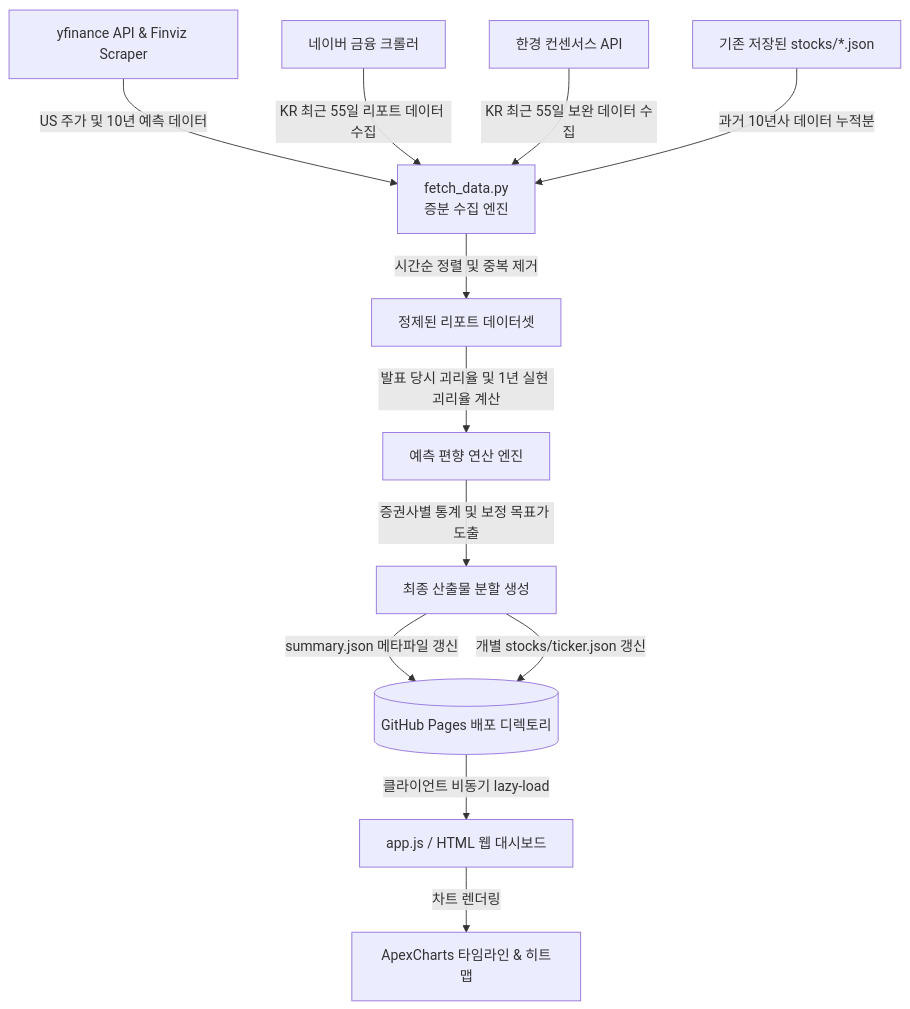
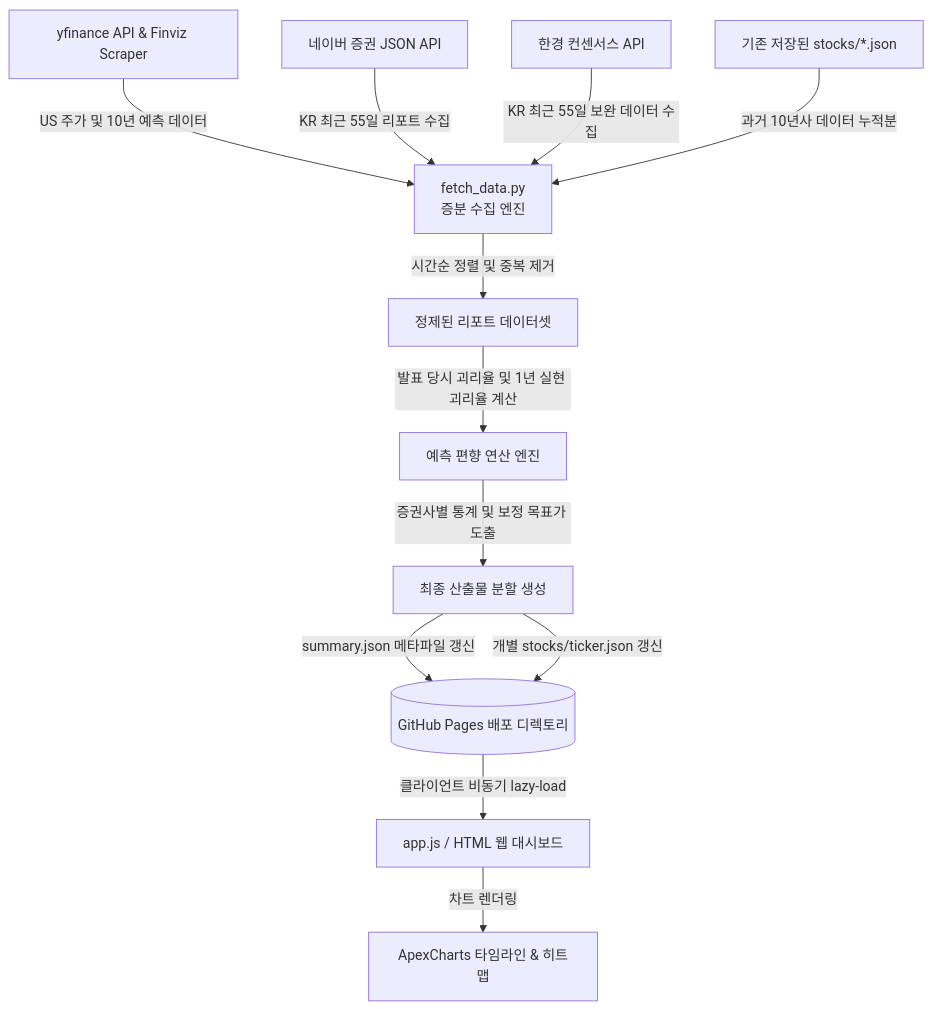
The first of 2 diagrams in README.md (eljja/Consensus), drawn with Mermaid before and after one commit. The commit also changed other lines of this file and 52 other files, not shown here.

Commit message:
feat: upgrade DB pipeline (Naver JSON API, live FX, heatmap bias fix), Hybrid v2 forecast model, and UX/GUI

````diff
--- a/README.md
+++ b/README.md
@@ -73,14 +74,14 @@
 ```mermaid
 graph TD
     A[yfinance API & Finviz Scraper] -->|US 주가 및 10년 예측 데이터| D[fetch_data.py <br>증분 수집 엔진]
-    B[네이버 금융 크롤러] -->|KR 최근 55일 리포트 데이터 수집| D
+    B[네이버 증권 JSON API] -->|KR 최근 55일 리포트 수집| D
     C[한경 컨센서스 API] -->|KR 최근 55일 보완 데이터 수집| D
     E[기존 저장된 stocks/*.json] -->|과거 10년사 데이터 누적분| D
     D -->|시간순 정렬 및 중복 제거| F[정제된 리포트 데이터셋]
     F -->|발표 당시 괴리율 및 1년 실현 괴리율 계산| G[예측 편향 연산 엔진]
     G -->|증권사별 통계 및 보정 목표가 도출| H[최종 산출물 분할 생성]
     H -->|summary.json 메타파일 갱신| I[(GitHub Pages 배포 디렉토리)]
     H -->|개별 stocks/ticker.json 갱신| I
     I -->|클라이언트 비동기 lazy-load| J[app.js / HTML 웹 대시보드]
     J -->|차트 렌더링| K[ApexCharts 타임라인 & 히트맵]
 ```
````
